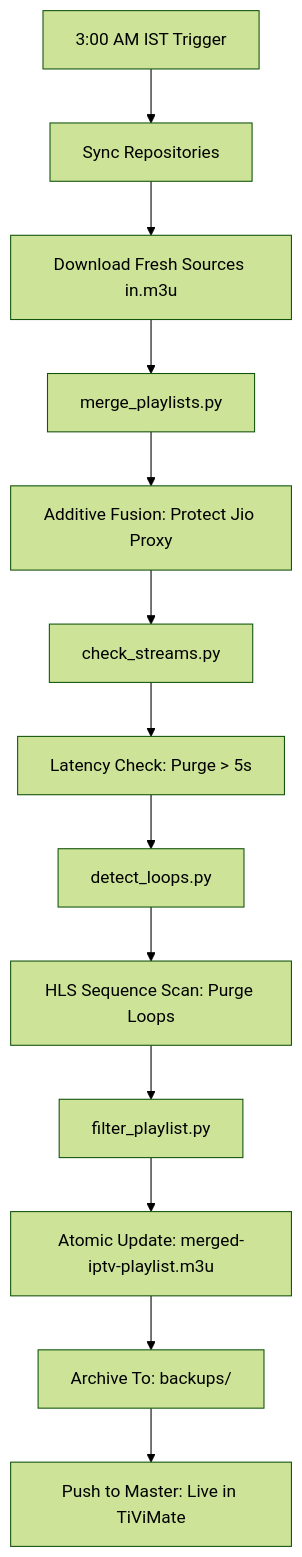
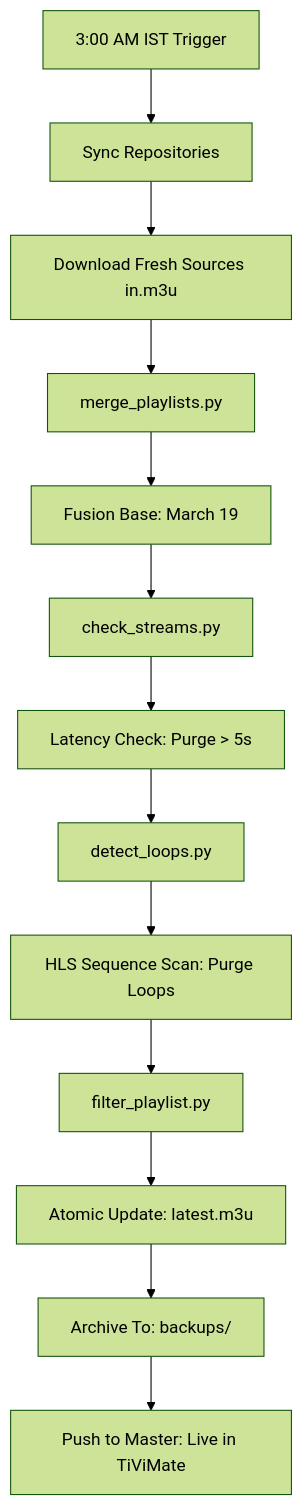
Before and after one commit to shahakshay938/shahakshay938.github.io: the diagram in FLOW.md, drawn with Mermaid (forest theme). The commit also changed other lines of this file and 8 other files, not shown here.

Commit message:
💎 Infrastructure: Permanent March 19 Baseline + latest.m3u Naming Convention

````diff
--- a/FLOW.md
+++ b/FLOW.md
@@ -7,15 +7,15 @@
 ```mermaid
 graph TD
     A[3:00 AM IST Trigger] --> B[Sync Repositories]
     B --> C[Download Fresh Sources in.m3u]
     C --> D[merge_playlists.py]
-    D --> E[Additive Fusion: Protect Jio Proxy]
+    D --> E[Fusion Base: March 19]
     E --> F[check_streams.py]
     F --> G[Latency Check: Purge > 5s]
     G --> H[detect_loops.py]
     H --> I[HLS Sequence Scan: Purge Loops]
     I --> J[filter_playlist.py]
-    J --> K[Atomic Update: merged-iptv-playlist.m3u]
+    J --> K[Atomic Update: latest.m3u]
     K --> L[Archive To: backups/]
     L --> M[Push to Master: Live in TiViMate]
 ```
````
